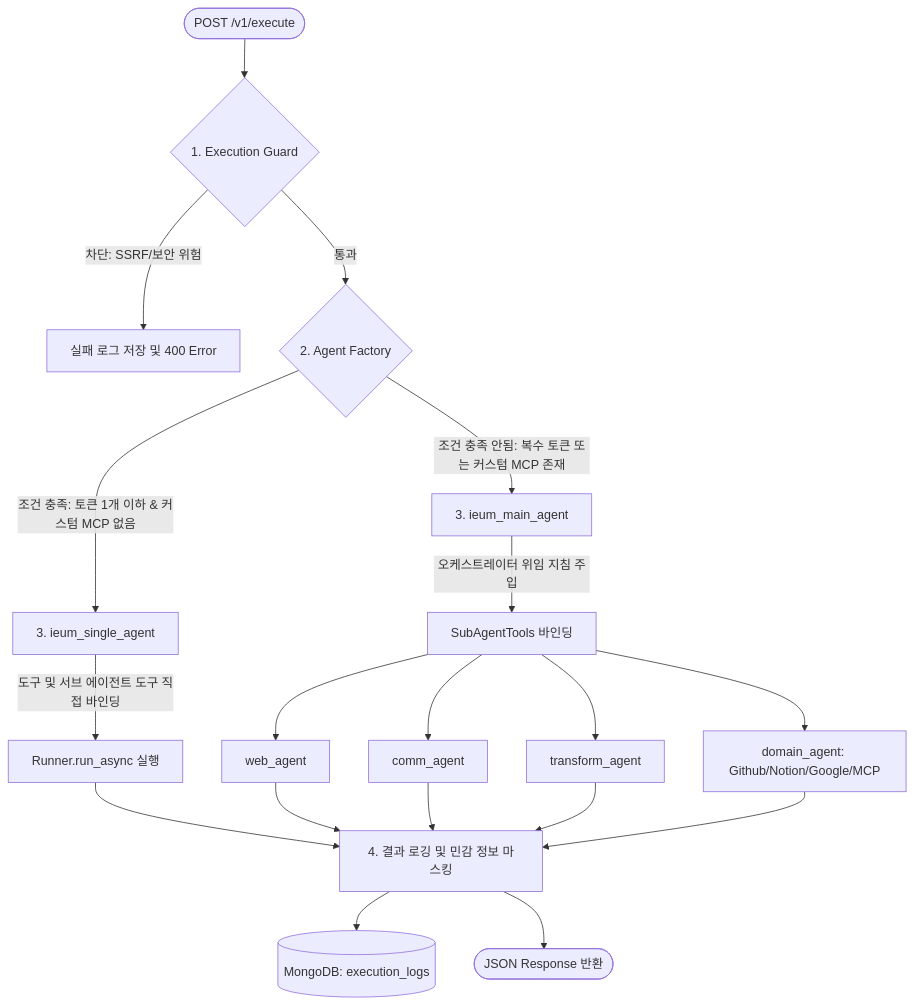
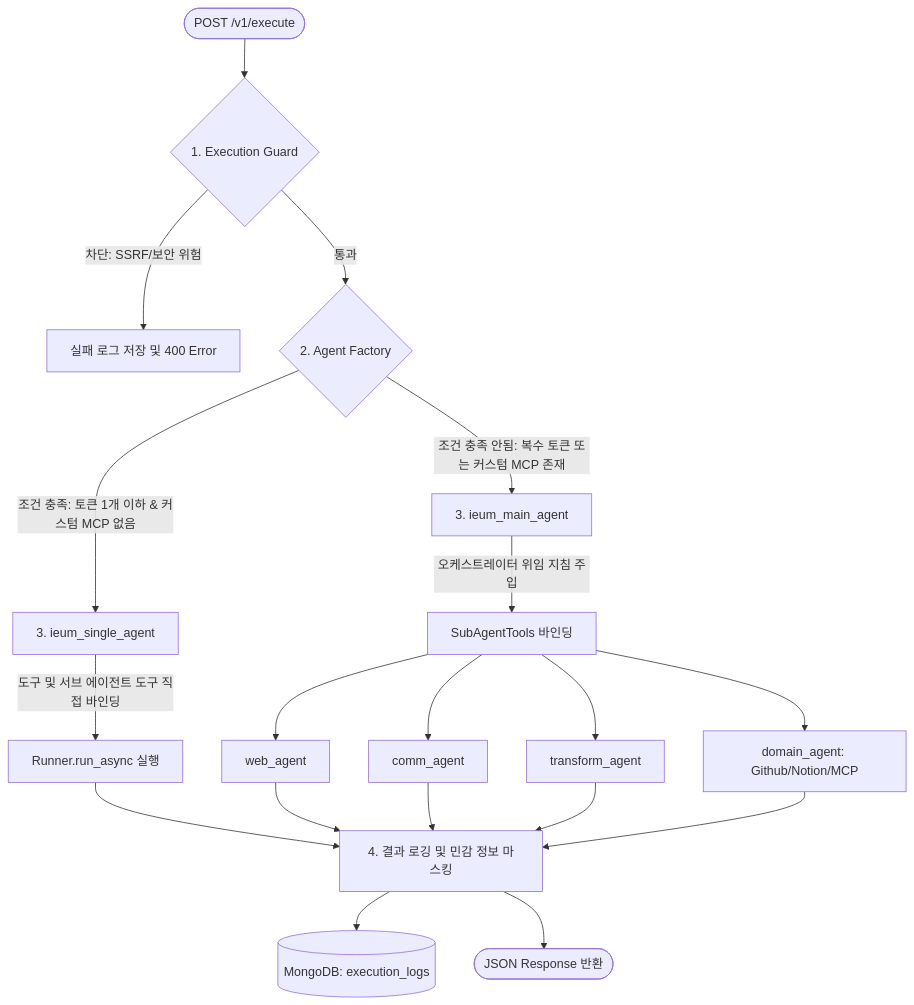
The third of 3 diagrams in README.md (team-ieum/ieum-agent), drawn with Mermaid before and after one commit. The commit also changed other lines of this file and 3 other files, not shown here.

````diff
--- a/README.md
+++ b/README.md
@@ -108,24 +107,24 @@
 ```mermaid
 graph TD
     Request([POST /v1/execute]) --> Guard{1. Execution Guard}
     Guard -->|차단: SSRF/보안 위험| Terminate[실패 로그 저장 및 400 Error]
     Guard -->|통과| Factory{2. Agent Factory}
     
     %% 단일 ReAct 분기
     Factory -->|조건 충족: 토큰 1개 이하 & 커스텀 MCP 없음| Single[3. ieum_single_agent]
     Single -->|도구 및 서브 에이전트 도구 직접 바인딩| ExecuteSingle[Runner.run_async 실행]
     
     %% 멀티 에이전트 분기
     Factory -->|조건 충족 안됨: 복수 토큰 또는 커스텀 MCP 존재| Multi[3. ieum_main_agent]
     Multi -->|오케스트레이터 위임 지침 주입| Orchestrate[SubAgentTools 바인딩]
     Orchestrate --> SubWeb[web_agent]
     Orchestrate --> SubComm[comm_agent]
     Orchestrate --> SubTrans[transform_agent]
-    Orchestrate --> SubDomain[domain_agent: Github/Notion/Google/MCP]
+    Orchestrate --> SubDomain[domain_agent: Github/Notion/MCP]
     
     ExecuteSingle --> Log[4. 결과 로깅 및 민감 정보 마스킹]
     SubWeb & SubComm & SubTrans & SubDomain --> Log
     
     Log --> Save[(MongoDB: execution_logs)]
     Log --> Response([JSON Response 반환])
 ```
````
